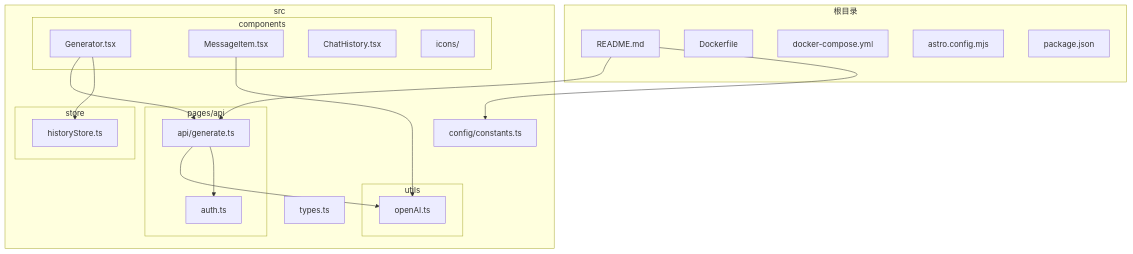
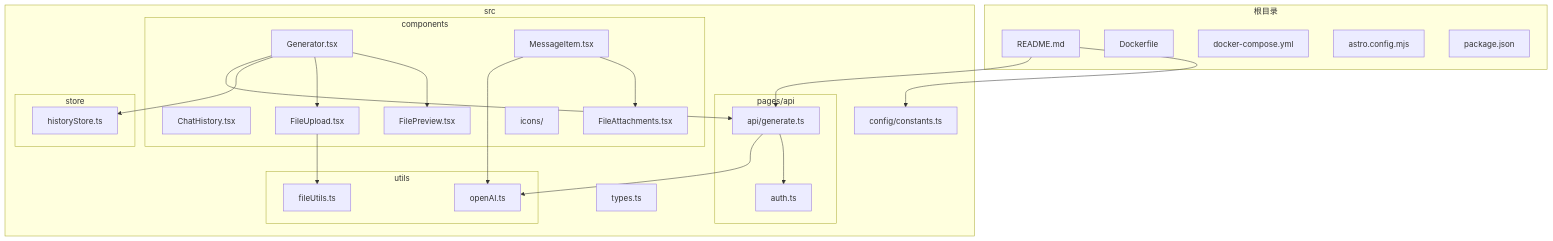
Before and after one commit to zfyime/chat-mini: the first of 11 diagrams in .qoder/repowiki/zh/content/项目概述.md, drawn with Mermaid. The commit also changed other lines of this file and 8 other files, not shown here.

````diff
--- a/.qoder/repowiki/zh/content/项目概述.md
+++ b/.qoder/repowiki/zh/content/项目概述.md
@@ -37,38 +43,46 @@
 ```mermaid
 graph TB
 subgraph "根目录"
 README[README.md]
 Dockerfile[Dockerfile]
 docker-compose[docker-compose.yml]
 astro-config[astro.config.mjs]
 package[package.json]
 end
 subgraph "src"
 subgraph "components"
 Generator[Generator.tsx]
 MessageItem[MessageItem.tsx]
 ChatHistory[ChatHistory.tsx]
+FileUpload[FileUpload.tsx]
+FilePreview[FilePreview.tsx]
+FileAttachments[FileAttachments.tsx]
 icons[icons/]
 end
 subgraph "pages/api"
 generate[api/generate.ts]
 auth[api/auth.ts]
 end
 subgraph "store"
 historyStore[historyStore.ts]
 end
 subgraph "utils"
 openAI[openAI.ts]
+fileUtils[fileUtils.ts]
 auth[auth.ts]
 end
 config[config/constants.ts]
 types[types.ts]
 end
 README --> generate
 README --> config
 generate --> openAI
 generate --> auth
 Generator --> generate
 Generator --> historyStore
+Generator --> FileUpload
+Generator --> FilePreview
 MessageItem --> openAI
+MessageItem --> FileAttachments
+FileUpload --> fileUtils
 ```
````
